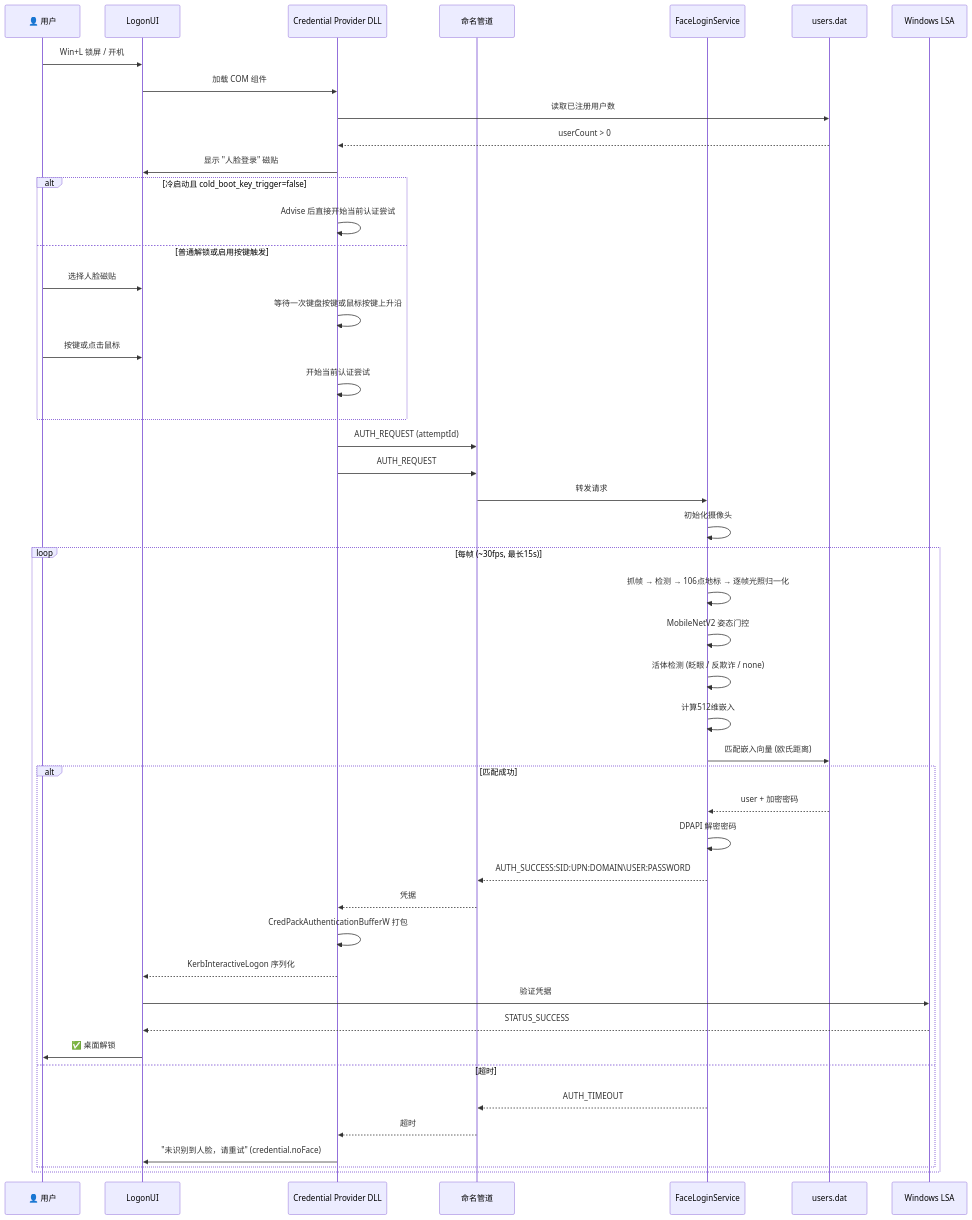
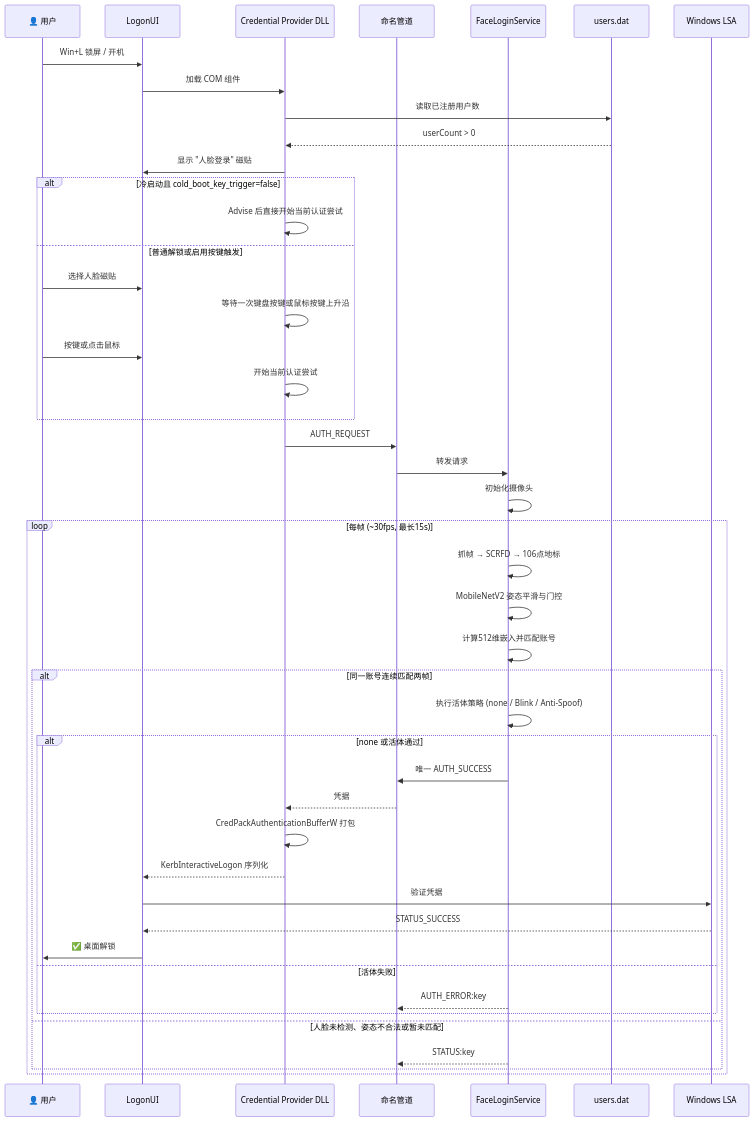
Before and after one commit to EthanZer0/FaceLogin: the second of 3 diagrams in DEVELOPMENT.md, drawn with Mermaid. The commit also changed other lines of this file and 9 other files, not shown here.

````diff
--- a/DEVELOPMENT.md
+++ b/DEVELOPMENT.md
@@ -202,50 +202,48 @@
 ```mermaid
 sequenceDiagram
     participant User as 👤 用户
     participant LogonUI as LogonUI
     participant CP as Credential Provider DLL
     participant Pipe as 命名管道
     participant Svc as FaceLoginService
     participant DB as users.dat
     participant LSA as Windows LSA
 
     User->>LogonUI: Win+L 锁屏 / 开机
     LogonUI->>CP: 加载 COM 组件
     CP->>DB: 读取已注册用户数
     DB-->>CP: userCount > 0
     CP->>LogonUI: 显示 "人脸登录" 磁贴
     alt 冷启动且 cold_boot_key_trigger=false
         CP->>CP: Advise 后直接开始当前认证尝试
     else 普通解锁或启用按键触发
         User->>LogonUI: 选择人脸磁贴
         CP->>CP: 等待一次键盘按键或鼠标按键上升沿
         User->>LogonUI: 按键或点击鼠标
         CP->>CP: 开始当前认证尝试
     end
-    CP->>Pipe: AUTH_REQUEST (attemptId)
     CP->>Pipe: AUTH_REQUEST
     Pipe->>Svc: 转发请求
     Svc->>Svc: 初始化摄像头
     loop 每帧 (~30fps, 最长15s)
-        Svc->>Svc: 抓帧 → 检测 → 106点地标 → 逐帧光照归一化
-        Svc->>Svc: MobileNetV2 姿态门控
-        Svc->>Svc: 活体检测 (眨眼 / 反欺诈 / none)
-        Svc->>Svc: 计算512维嵌入
-        Svc->>DB: 匹配嵌入向量 (欧氏距离)
-        alt 匹配成功
-            DB-->>Svc: user + 加密密码
-            Svc->>Svc: DPAPI 解密密码
-            Svc-->>Pipe: AUTH_SUCCESS:SID:UPN:DOMAIN\USER:PASSWORD
-            Pipe-->>CP: 凭据
-            CP->>CP: CredPackAuthenticationBufferW 打包
-            CP-->>LogonUI: KerbInteractiveLogon 序列化
-            LogonUI->>LSA: 验证凭据
-            LSA-->>LogonUI: STATUS_SUCCESS
-            LogonUI->>User: ✅ 桌面解锁
-        else 超时
-            Svc-->>Pipe: AUTH_TIMEOUT
-            Pipe-->>CP: 超时
-            CP->>LogonUI: "未识别到人脸，请重试" (credential.noFace)
+        Svc->>Svc: 抓帧 → SCRFD → 106点地标
+        Svc->>Svc: MobileNetV2 姿态平滑与门控
+        Svc->>Svc: 计算512维嵌入并匹配账号
+        alt 同一账号连续匹配两帧
+            Svc->>Svc: 执行活体策略 (none / Blink / Anti-Spoof)
+            alt none 或活体通过
+                Svc->>Pipe: 唯一 AUTH_SUCCESS
+                Pipe-->>CP: 凭据
+                CP->>CP: CredPackAuthenticationBufferW 打包
+                CP-->>LogonUI: KerbInteractiveLogon 序列化
+                LogonUI->>LSA: 验证凭据
+                LSA-->>LogonUI: STATUS_SUCCESS
+                LogonUI->>User: ✅ 桌面解锁
+            else 活体失败
+                Svc-->>Pipe: AUTH_ERROR:key
+            end
+        else 人脸未检测、姿态不合法或暂未匹配
+            Svc-->>Pipe: STATUS:key
         end
     end
 ```
````
